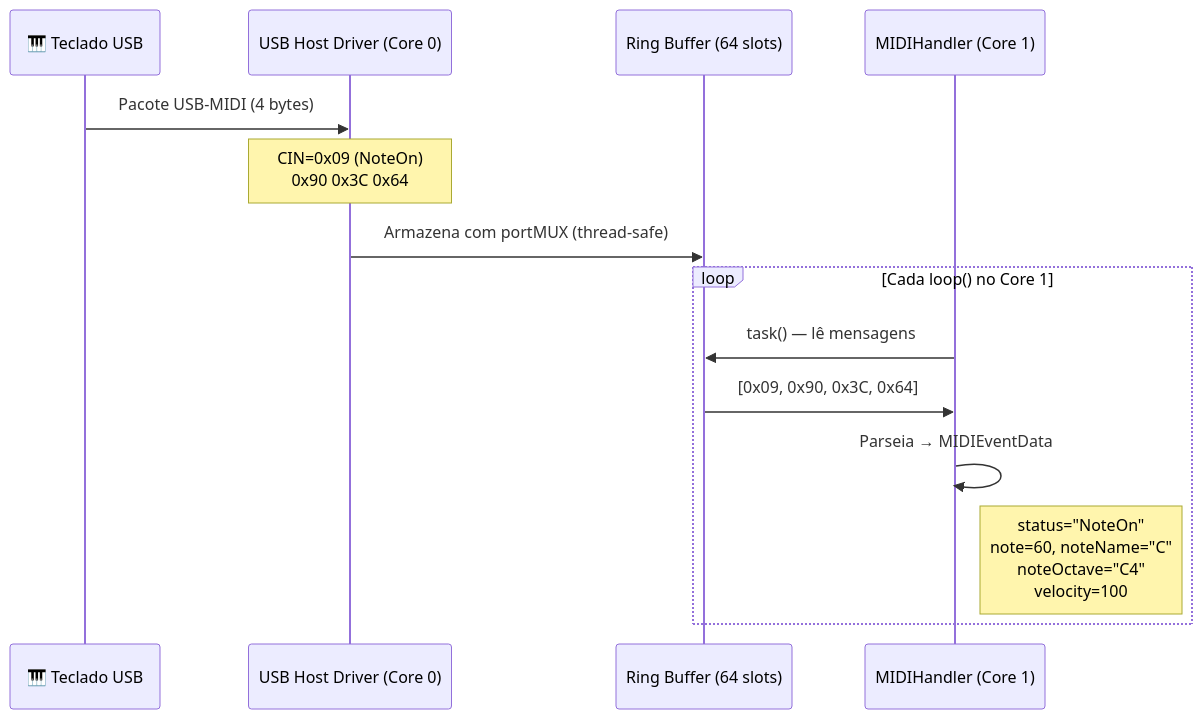
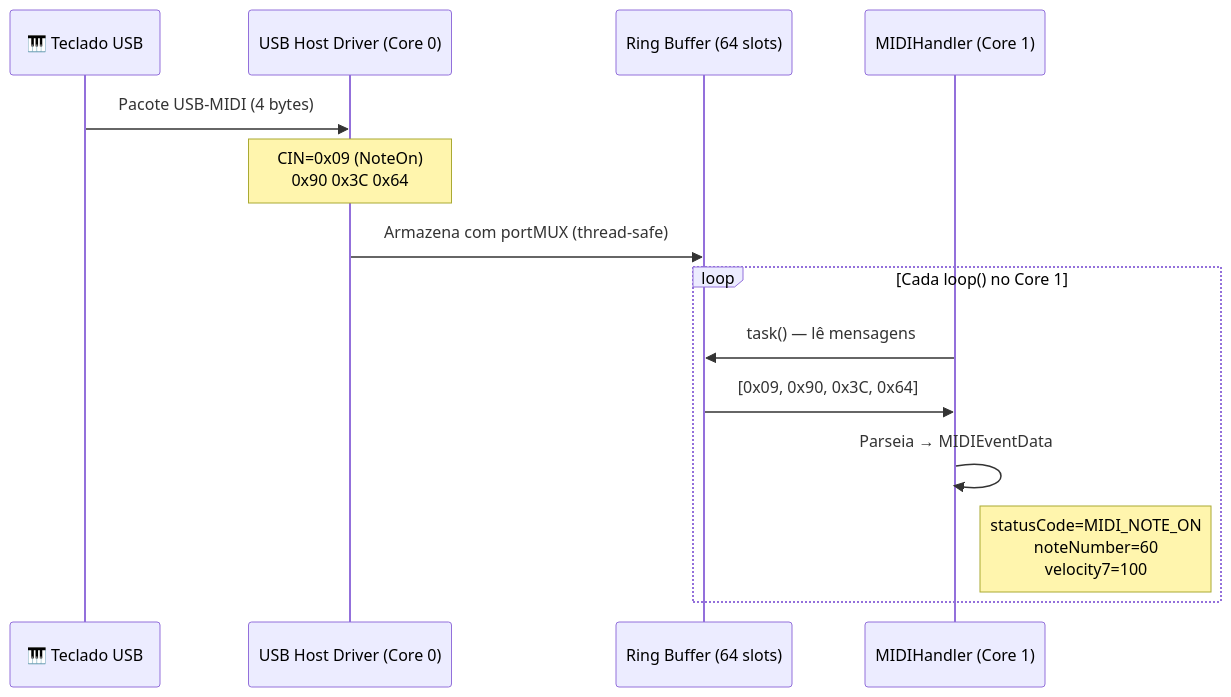
One commit to sauloverissimo/ESP32_Host_MIDI changed the diagram in docs/transportes/usb-host.md. Above: the diagram before and after it, drawn with Mermaid. The commit also changed other lines of this file and 22 other files, not shown here.

````diff
--- a/docs/transportes/usb-host.md
+++ b/docs/transportes/usb-host.md
@@ -74,18 +75,18 @@
 ```mermaid
 sequenceDiagram
     participant DEV as 🎹 Teclado USB
     participant DRIVER as USB Host Driver (Core 0)
     participant BUF as Ring Buffer (64 slots)
     participant HANDLER as MIDIHandler (Core 1)
 
     DEV->>DRIVER: Pacote USB-MIDI (4 bytes)
     Note over DRIVER: CIN=0x09 (NoteOn)<br/>0x90 0x3C 0x64
     DRIVER->>BUF: Armazena com portMUX (thread-safe)
 
     loop Cada loop() no Core 1
         HANDLER->>BUF: task() — lê mensagens
         BUF->>HANDLER: [0x09, 0x90, 0x3C, 0x64]
         HANDLER->>HANDLER: Parseia → MIDIEventData
-        Note right of HANDLER: status="NoteOn"<br/>note=60, noteName="C"<br/>noteOctave="C4"<br/>velocity=100
+        Note right of HANDLER: statusCode=MIDI_NOTE_ON<br/>noteNumber=60<br/>velocity7=100
     end
 ```
````
